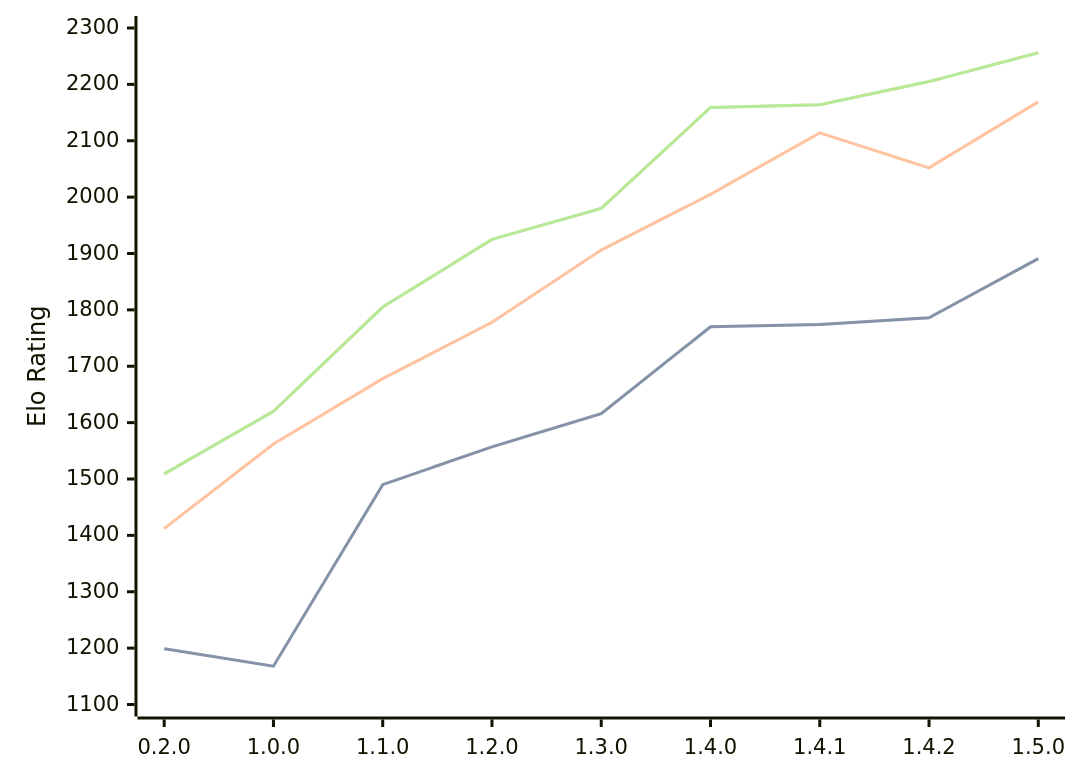
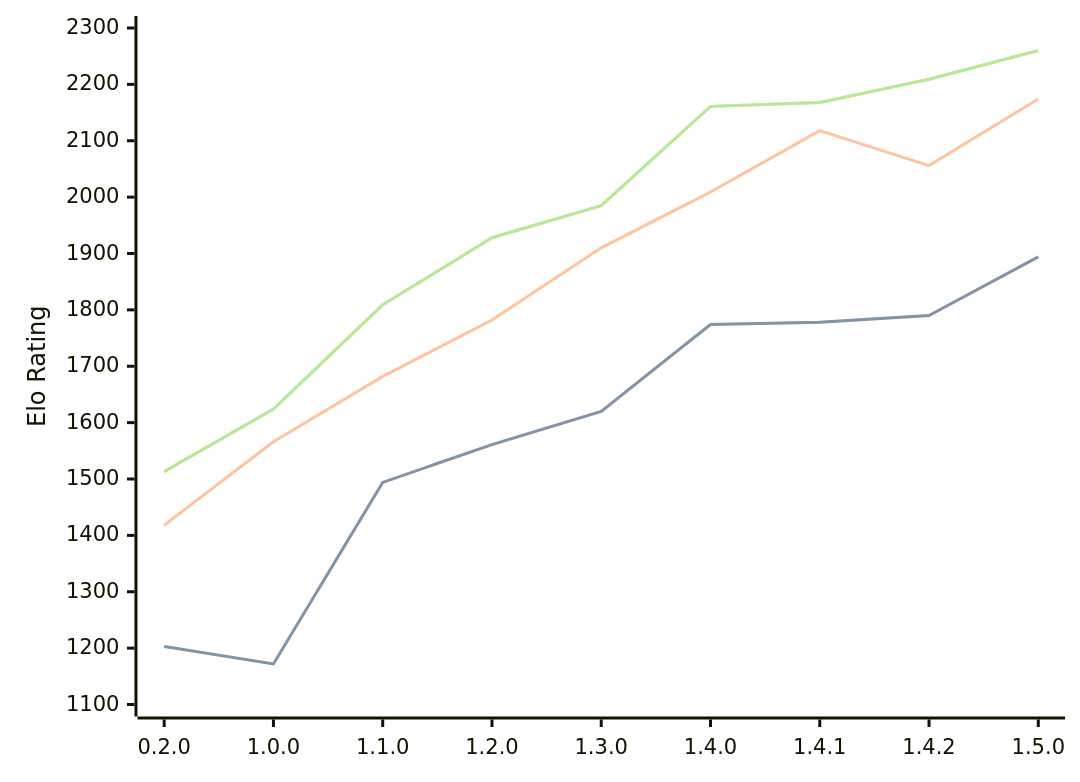
The diagram in engines/Zeppelin.md (computer-chess-index/cci), drawn with Mermaid before and after one commit. The commit also changed other lines of this file, not shown here.

Commit message:
Update CCI Ratings (ELO VLTC) - 2026-08-18

````diff
--- a/engines/Zeppelin.md
+++ b/engines/Zeppelin.md
@@ -39,11 +39,11 @@
 ```mermaid
 %%{init: {"theme":"base","themeVariables":{"seriesColors:['#a3a3a3','#222221','#faa371']}}}%%
 xychart-beta
   x-axis ["0.2.0", "1.0.0", "1.1.0", "1.2.0", "1.3.0", "1.4.0", "1.4.1", "1.4.2", "1.5.0"]
   y-axis "Elo Rating" 1100 --> 2300
-  line "STC (8.0+0.08s)" [1199, 1168, 1490, 1557, 1616, 1770, 1774, 1786, 1891]
-  line "STC (8.0+0.08s)" [1199, 1168, 1490, 1557, 1616, 1770, 1774, 1786, 1891]
-  line "LTC (60.0+0.60s)" [1412, 1562, 1678, 1778, 1906, 2005, 2114, 2052, 2169]
-  line "VLTC (2m24s+1.12s)" [1509, 1620, 1805, 1925, 1980, 2159, 2164, 2205, 2256]
-  line "VLTC (2m24s+1.12s)" [1509, 1620, 1805, 1925, 1980, 2159, 2164, 2205, 2256]
+  line "STC (8.0+0.08s)" [1203, 1172, 1494, 1561, 1620, 1774, 1778, 1790, 1894]
+  line "STC (8.0+0.08s)" [1203, 1172, 1494, 1561, 1620, 1774, 1778, 1790, 1894]
+  line "LTC (60.0+0.60s)" [1418, 1566, 1682, 1782, 1910, 2009, 2118, 2056, 2174]
+  line "VLTC (2m24s+1.12s)" [1513, 1624, 1809, 1928, 1985, 2161, 2168, 2209, 2260]
+  line "VLTC (2m24s+1.12s)" [1513, 1624, 1809, 1928, 1985, 2161, 2168, 2209, 2260]
 ```
````
